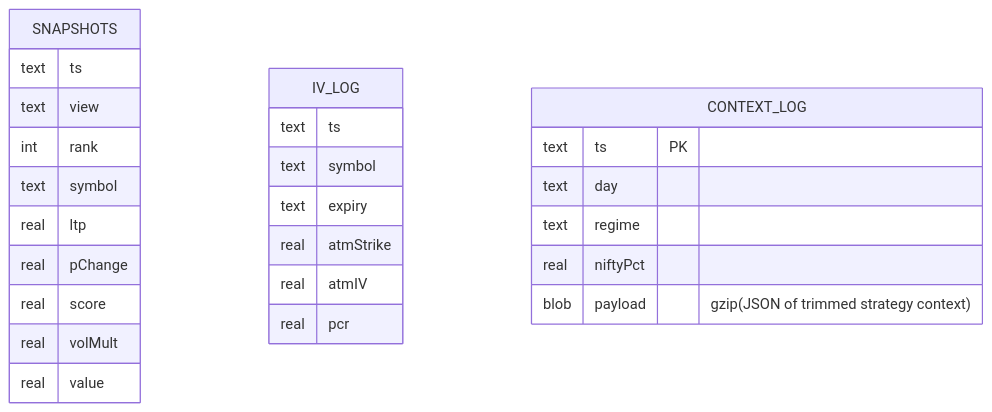
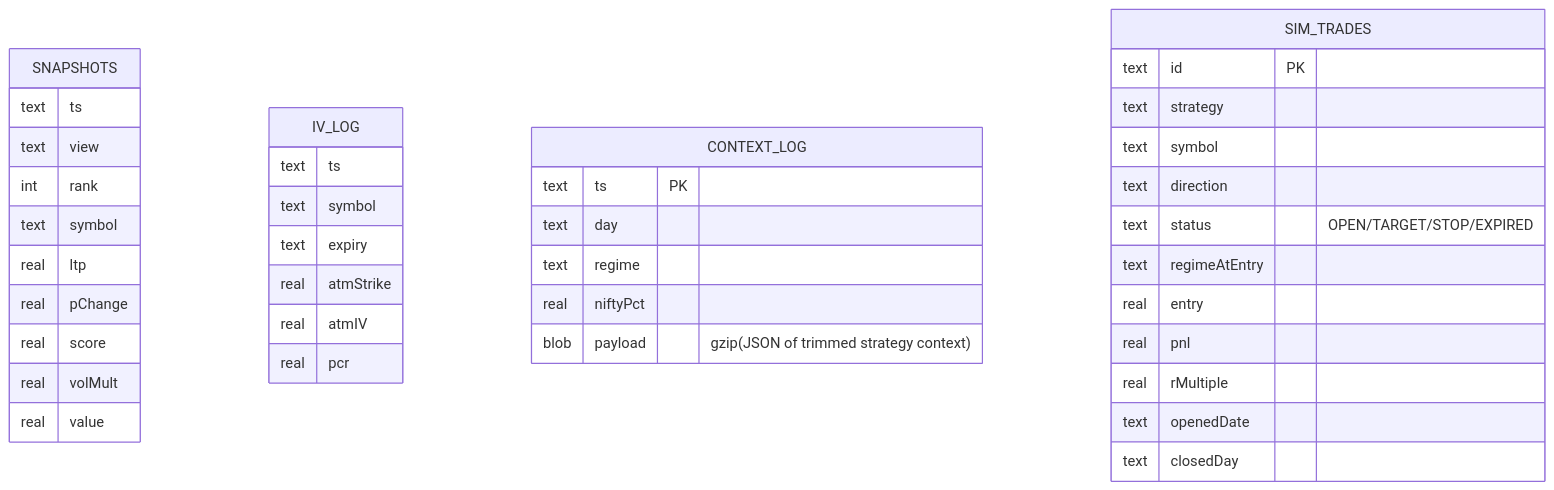
Before and after one commit to aakash-jain-1/nse-market-pulse: the sixth of 7 diagrams in README.md, drawn with Mermaid. The commit also changed other lines of this file and 6 other files, not shown here.

````diff
--- a/README.md
+++ b/README.md
@@ -286,29 +292,42 @@
 ```mermaid
 erDiagram
     SNAPSHOTS {
         text ts
         text view
         int rank
         text symbol
         real ltp
         real pChange
         real score
         real volMult
         real value
     }
     IV_LOG {
         text ts
         text symbol
         text expiry
         real atmStrike
         real atmIV
         real pcr
     }
     CONTEXT_LOG {
         text ts PK
         text day
         text regime
         real niftyPct
         blob payload "gzip(JSON of trimmed strategy context)"
     }
+    SIM_TRADES {
+        text id PK
+        text strategy
+        text symbol
+        text direction
+        text status "OPEN/TARGET/STOP/EXPIRED"
+        text regimeAtEntry
+        real entry
+        real pnl
+        real rMultiple
+        text openedDate
+        text closedDay
+    }
 ```
````
